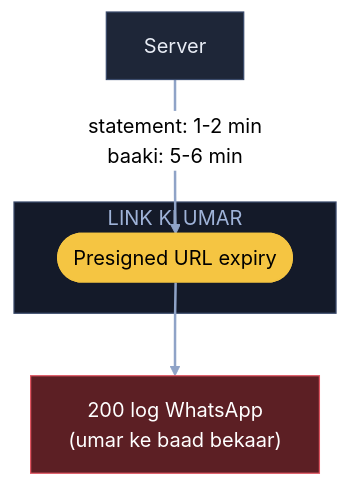
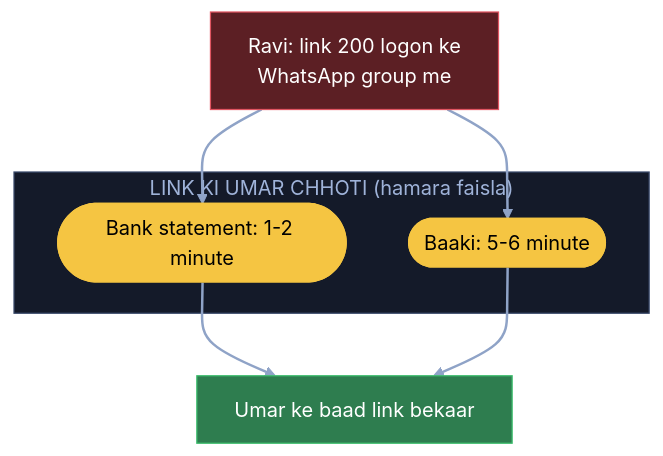
Before and after one commit to ArpanMaheshwari144/Prep: the seventh of 8 diagrams in 04_HLD/SYSTEM_DESIGNS/07_file_upload_validate_system/07_file_upload.md, drawn with Mermaid (neutral theme). The commit also changed other lines of this file, not shown here.

Commit message:
File upload: 8 diagram hand notes ke shabdon se; core me 7 nahi (notes jaisa), 'kiski hai', K3 apni jodi line hatai

````diff
--- a/04_HLD/SYSTEM_DESIGNS/07_file_upload_validate_system/07_file_upload.md
+++ b/04_HLD/SYSTEM_DESIGNS/07_file_upload_validate_system/07_file_upload.md
@@ -253,16 +256,19 @@
 ```mermaid
 flowchart TB
-    U["Server"]:::card
-    subgraph LU["LINK KI UMAR"]
-        L(["Presigned URL expiry"]):::pill
+    R["Ravi: link 200 logon ke<br/>WhatsApp group me"]:::bad
+    subgraph LU["LINK KI UMAR CHHOTI (hamara faisla)"]
+        B(["Bank statement: 1-2 minute"]):::pill
+        O(["Baaki: 5-6 minute"]):::pill
     end
-    G["200 log WhatsApp<br/>(umar ke baad bekaar)"]:::bad
-    U -- "statement: 1-2 min<br/>baaki: 5-6 min" --> L
-    L --> G
+    X["Umar ke baad link bekaar"]:::good
+    R --> B
+    R --> O
+    B --> X
+    O --> X
     linkStyle default stroke:#8fa3c7,stroke-width:2px
     classDef card fill:#1e2638,stroke:#3a4a6b,color:#e8ecf5
     classDef pill fill:#f5c542,stroke:#f5c542,color:#000
     classDef good fill:#2e7d4f,stroke:#3fbf6f,color:#fff
     classDef bad fill:#5c1f24,stroke:#e05561,color:#fff
     style LU fill:#141a29,stroke:#3a4a6b,color:#9fb3d9
 ```
````
